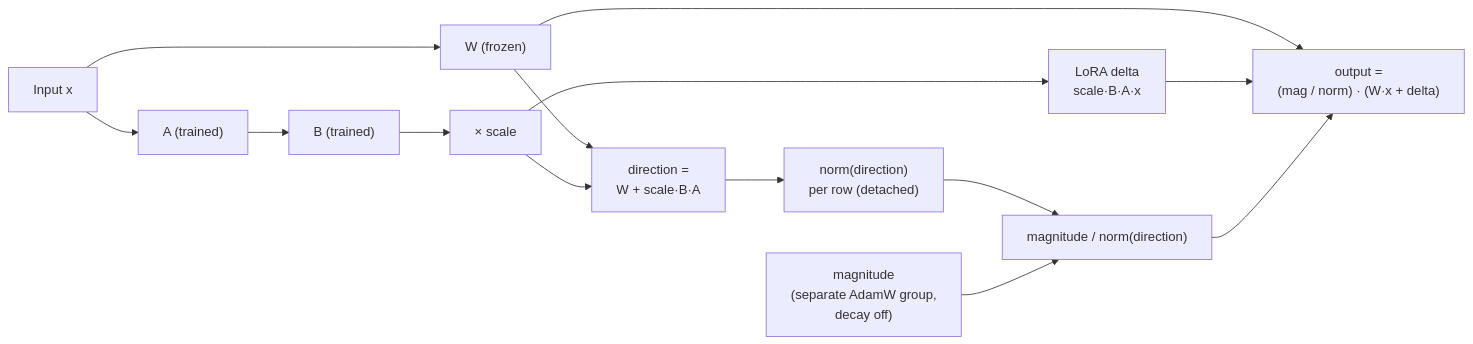
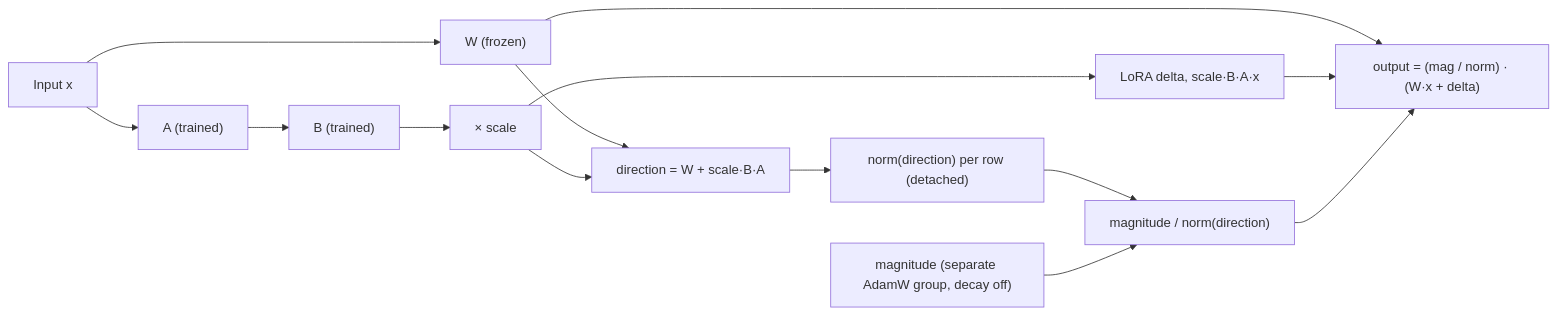
The second of 2 diagrams in juno-documentation/part4/01-concepts.md (ml-cab/juno), drawn with Mermaid before and after one commit. The commit also changed other lines of this file and 20 other files, not shown here.

Commit message:
mermaids updated, getting rid of new line character

````diff
--- a/juno-documentation/part4/01-concepts.md
+++ b/juno-documentation/part4/01-concepts.md
@@ -55,20 +55,20 @@
 ```{mermaid}
 flowchart LR
     Input2["Input x"]
     W2["W (frozen)"]
     A2["A (trained)"]
     B2["B (trained)"]
     Scale2["× scale"]
-    Delta["LoRA delta\nscale·B·A·x"]
-    Dir["direction =\nW + scale·B·A"]
-    Norm["norm(direction)\nper row (detached)"]
-    Mag["magnitude\n(separate AdamW group,\ndecay off)"]
+    Delta["LoRA delta, scale·B·A·x"]
+    Dir["direction = W + scale·B·A"]
+    Norm["norm(direction) per row (detached)"]
+    Mag["magnitude (separate AdamW group, decay off)"]
     Div["magnitude / norm(direction)"]
-    Out2["output =\n(mag / norm) · (W·x + delta)"]
+    Out2["output = (mag / norm) · (W·x + delta)"]
 
     Input2 --> W2 --> Out2
     Input2 --> A2 --> B2 --> Scale2 --> Delta --> Out2
     Dir --> Norm --> Div
     W2 & Scale2 --> Dir
     Mag --> Div --> Out2
 ```
````
